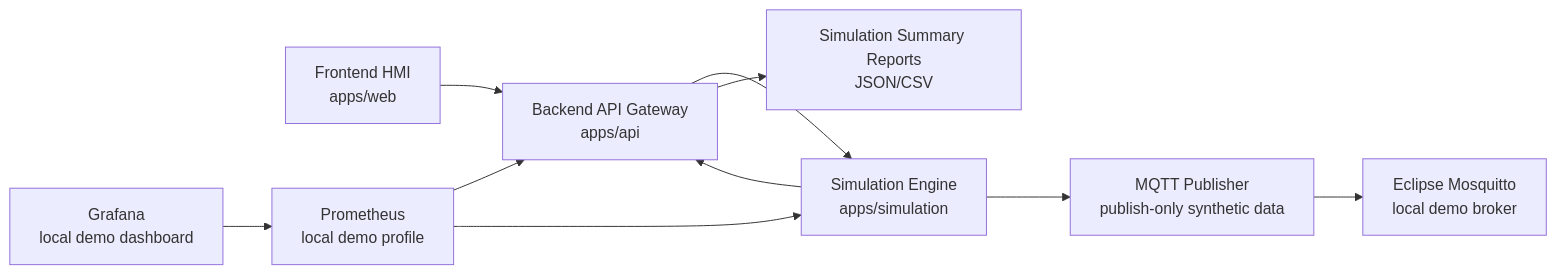
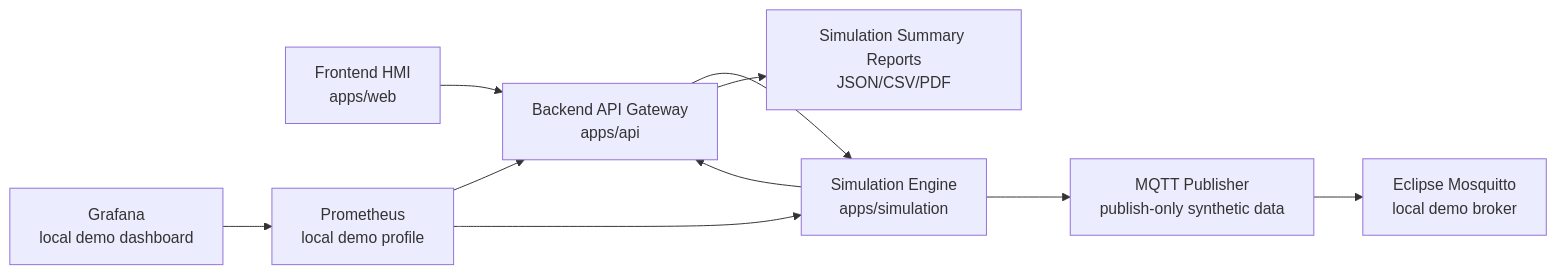
The first of 13 diagrams in docs/architecture.md (dimbo1324/smr-digital-twin-platform-r), drawn with Mermaid before and after one commit. The commit also changed other lines of this file and 48 other files, not shown here.

Commit message:
feat: add scenario yaml pdf reports and browser matrix

````diff
--- a/docs/architecture.md
+++ b/docs/architecture.md
@@ -5,12 +5,12 @@
 ```mermaid
 flowchart LR
     Web["Frontend HMI<br/>apps/web"] --> API["Backend API Gateway<br/>apps/api"]
     API --> Simulation["Simulation Engine<br/>apps/simulation"]
     Simulation --> API
     Simulation --> MQTT["MQTT Publisher<br/>publish-only synthetic data"]
     MQTT --> Broker["Eclipse Mosquitto<br/>local demo broker"]
-    API --> Reports["Simulation Summary Reports<br/>JSON/CSV"]
+    API --> Reports["Simulation Summary Reports<br/>JSON/CSV/PDF"]
     Prometheus["Prometheus<br/>local demo profile"] --> API
     Prometheus --> Simulation
     Grafana["Grafana<br/>local demo dashboard"] --> Prometheus
 ```
````
